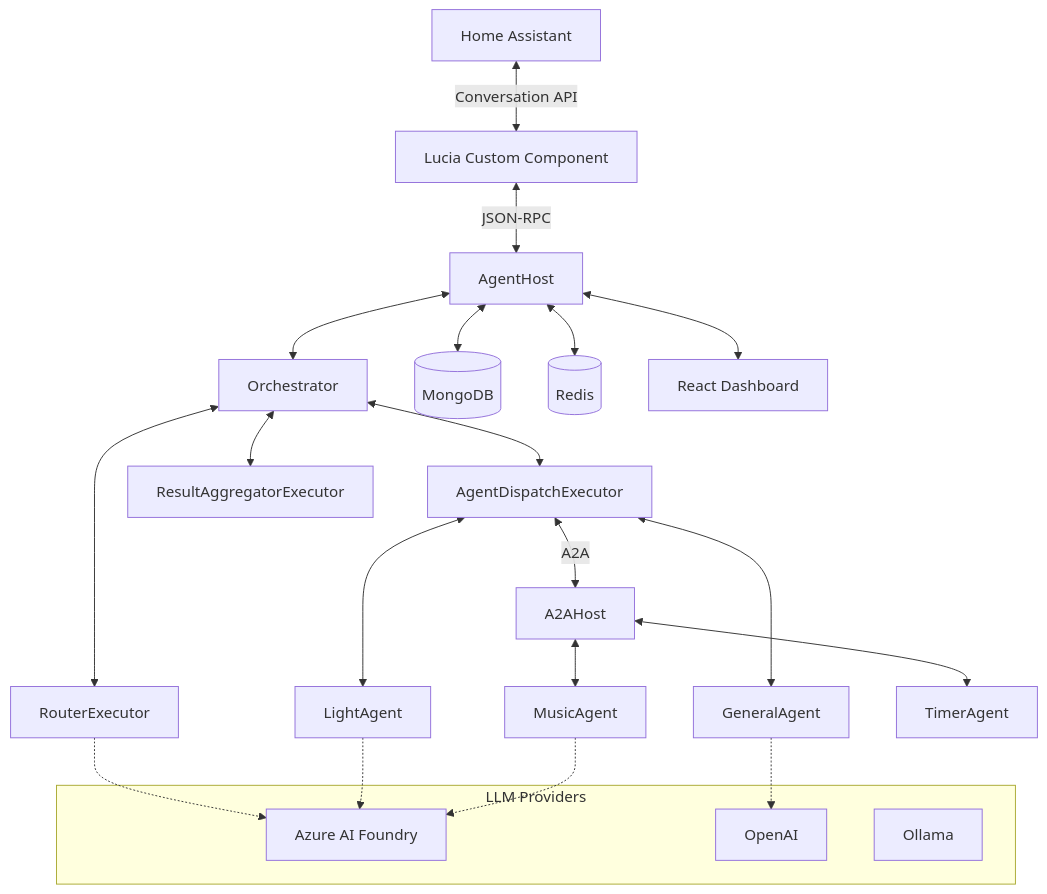
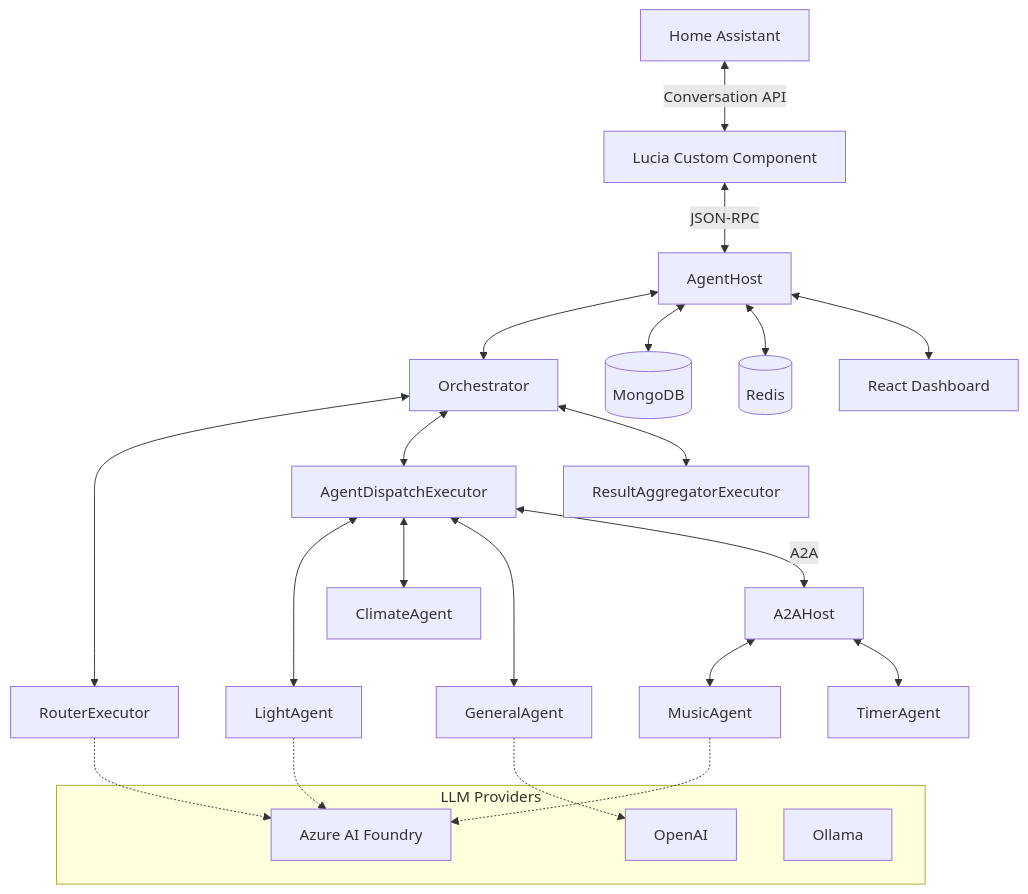
One commit to seiggy/lucia-dotnet changed the diagram in README.md. Above: the diagram before and after it, drawn with Mermaid. The commit also changed other lines of this file and 1 other file, not shown here.

````diff
--- a/README.md
+++ b/README.md
@@ -186,32 +186,33 @@
 ```mermaid
 graph TB
     HA[Home Assistant] <-->|Conversation API| HP[Lucia Custom Component]
     HP <-->|JSON-RPC| AH[AgentHost]
 
     AH <--> O[Orchestrator]
     O <--> Router[RouterExecutor]
     O <--> Dispatch[AgentDispatchExecutor]
     O <--> Agg[ResultAggregatorExecutor]
 
     Dispatch <--> LA[LightAgent]
+    Dispatch <--> CA[ClimateAgent]
     Dispatch <--> GA[GeneralAgent]
     Dispatch <-->|A2A| A2A[A2AHost]
 
     A2A <--> MA[MusicAgent]
     A2A <--> TA[TimerAgent]
 
     AH <--> DB[(MongoDB)]
     AH <--> Cache[(Redis)]
     AH <--> Dashboard[React Dashboard]
 
     subgraph "LLM Providers"
         Azure[Azure AI Foundry]
         OAI[OpenAI]
         Ollama[Ollama]
     end
 
     Router -.-> Azure
     LA -.-> Azure
     GA -.-> OAI
     MA -.-> Azure
 ```
````
